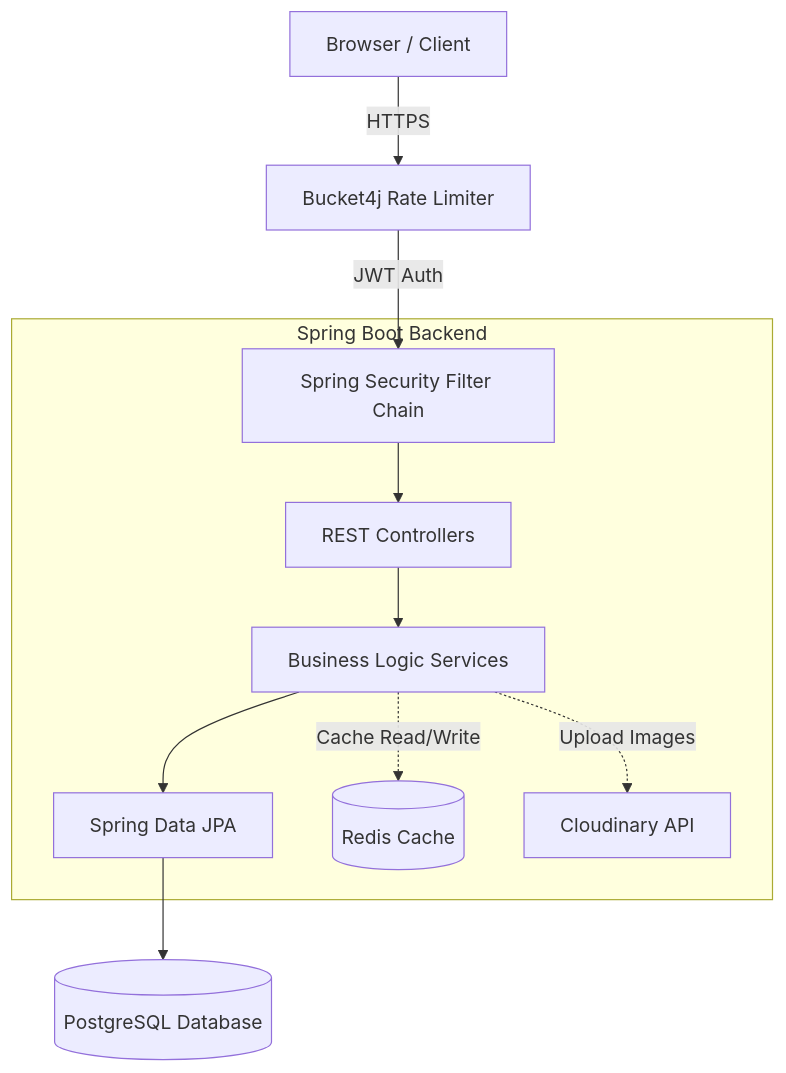
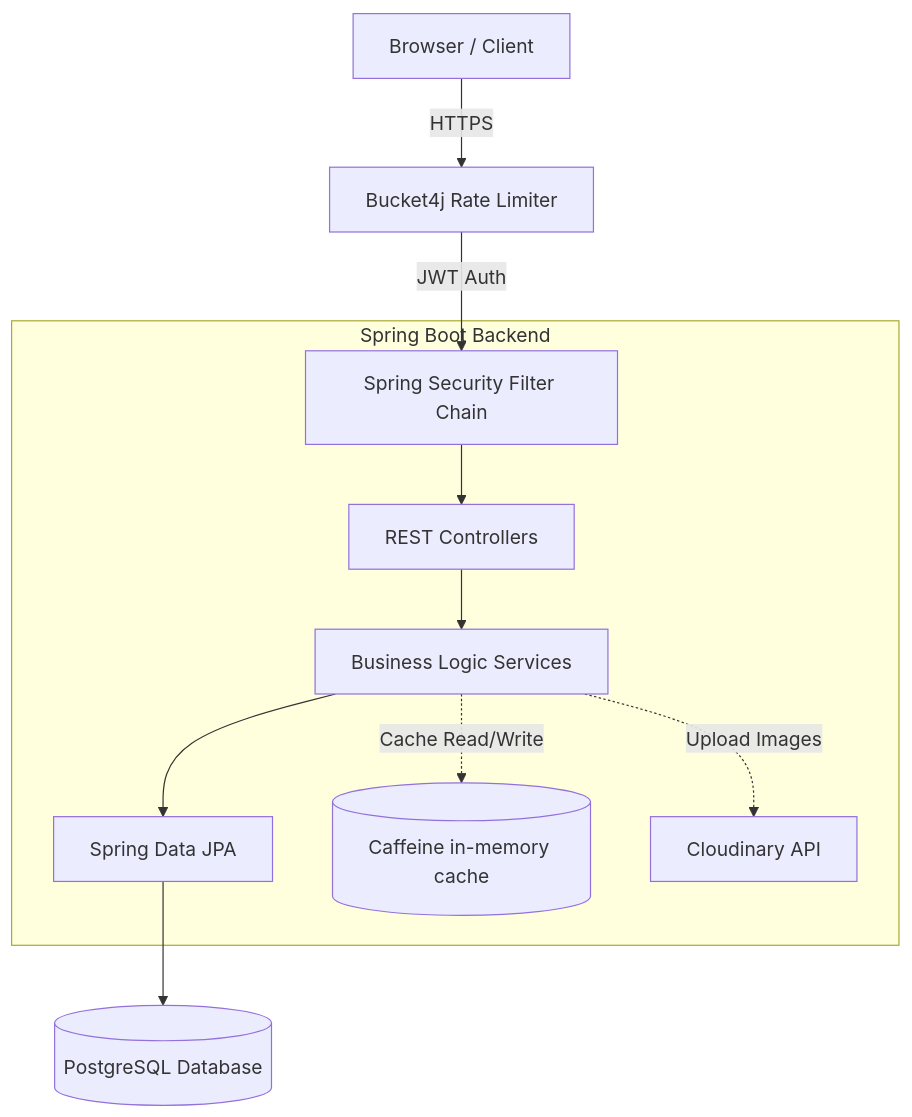
Before and after one commit to Sarcastic-Soul/E-commerce-Sprinboot: the diagram in README.md, drawn with Mermaid. The commit also changed other lines of this file and 58 other files, not shown here.

````diff
--- a/README.md
+++ b/README.md
@@ -44,16 +43,16 @@
 ```mermaid
 graph TD
     Client[Browser / Client] -->|HTTPS| RateLimiter[Bucket4j Rate Limiter]
     RateLimiter -->|JWT Auth| Security[Spring Security Filter Chain]
 
     subgraph Spring Boot Backend
         Security --> Controllers[REST Controllers]
         Controllers --> Services[Business Logic Services]
         Services --> Repositories[Spring Data JPA]
 
-        Services -.->|Cache Read/Write| Redis[(Redis Cache)]
+        Services -.->|Cache Read/Write| Cache[(Caffeine in-memory cache)]
         Services -.->|Upload Images| Cloudinary[Cloudinary API]
     end
 
     Repositories --> Database[(PostgreSQL Database)]
 ```
````
